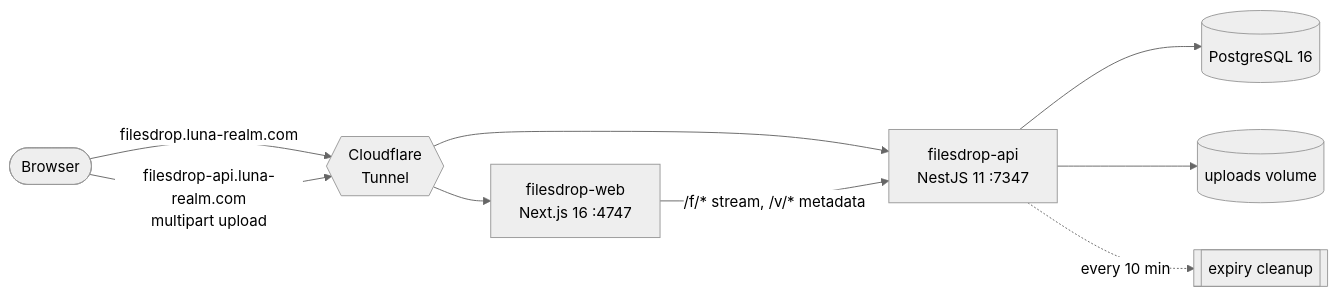
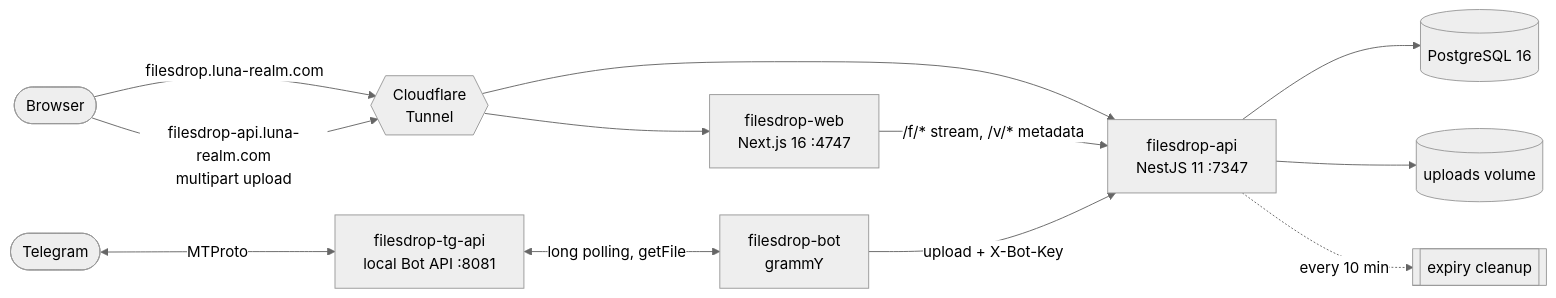
The diagram in README.md (AndreyBegma/FilesDrop), drawn with Mermaid (neutral theme) before and after one commit. The commit also changed other lines of this file and 7 other files, not shown here.

First line of the commit message:
feat(web): link to the Telegram bot, bot docs and privacy note

````diff
--- a/README.md
+++ b/README.md
@@ -61,11 +63,14 @@
 ```mermaid
 flowchart LR
   B([Browser]) -->|filesdrop.luna-realm.com| CF{{Cloudflare<br/>Tunnel}}
   B -->|filesdrop-api.luna-realm.com<br/>multipart upload| CF
   CF --> W[filesdrop-web<br/>Next.js 16 :4747]
   CF --> A[filesdrop-api<br/>NestJS 11 :7347]
   W -->|/f/* stream, /v/* metadata| A
+  T([Telegram]) <-->|MTProto| G[filesdrop-tg-api<br/>local Bot API :8081]
+  G <-->|long polling, getFile| BOT[filesdrop-bot<br/>grammY]
+  BOT -->|upload + X-Bot-Key| A
   A --> P[(PostgreSQL 16)]
   A --> V[(uploads volume)]
   A -. every 10 min .-> X[[expiry cleanup]]
 ```
````
